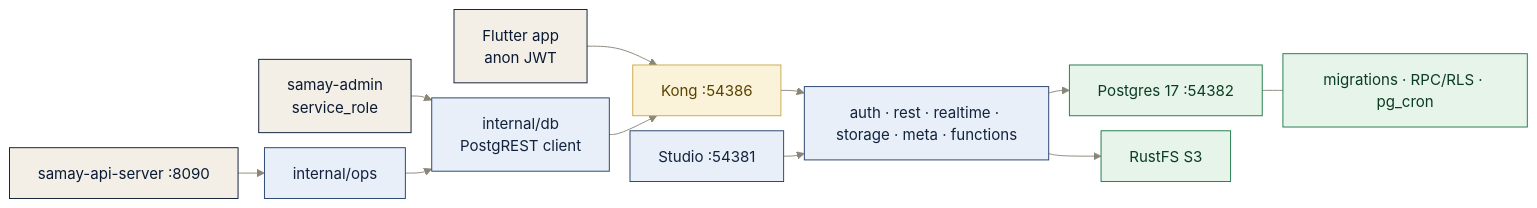
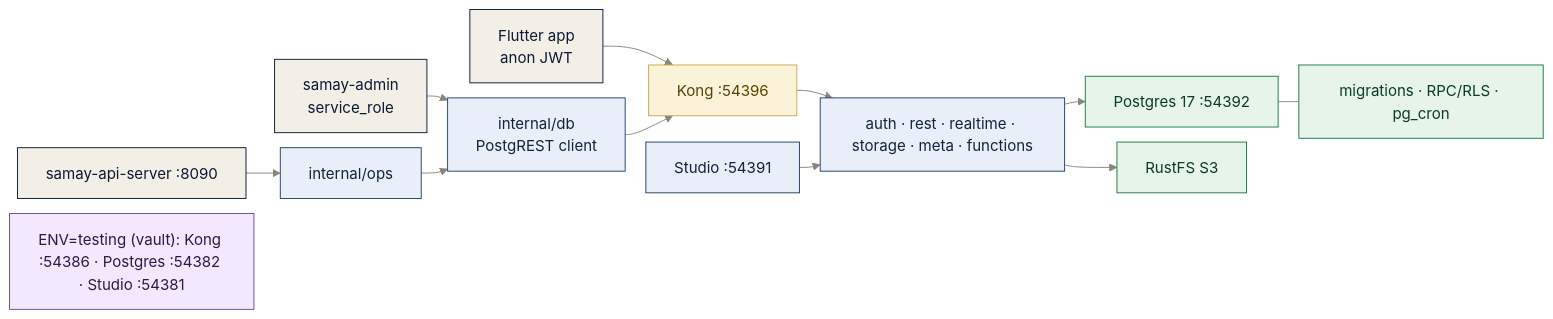
One commit to DaereanLegrand/samay-backend changed the diagram in docs/diagrams/architecture.mmd. Above: the diagram before and after it, drawn with Mermaid (forest theme). The commit also changed 46 other files, not shown here.

```diff
--- a/docs/diagrams/architecture.mmd
+++ b/docs/diagrams/architecture.mmd
@@ -1,24 +1,26 @@
 %%{init:{"flowchart":{"nodeSpacing":16,"rankSpacing":22}}}%%
 flowchart LR
-  APP["Flutter app<br/>anon JWT"] --> KONG["Kong :54386"]
+  APP["Flutter app<br/>anon JWT"] --> KONG["Kong :54396"]
   CLI["samay-admin<br/>service_role"] --> DBC["internal/db<br/>PostgREST client"]
   API["samay-api-server :8090"] --> OPS["internal/ops"]
   DBC --> KONG
   OPS --> DBC
   KONG --> SVCS["auth · rest · realtime · storage · meta · functions"]
-  SVCS --> PG["Postgres 17 :54382"]
+  SVCS --> PG["Postgres 17 :54392"]
   SVCS --> S3["RustFS S3"]
   PG --- SCHEMA["migrations · RPC/RLS · pg_cron"]
-  STUDIO["Studio :54381"] --> SVCS
+  STUDIO["Studio :54391"] --> SVCS
 
   classDef app fill:#F4EFE6,stroke:#0A1A33,color:#0A1A33,stroke-width:1px;
   classDef gw fill:#FBF3D9,stroke:#C9A84C,color:#5A4300,stroke-width:1px;
   classDef svc fill:#E8EFF8,stroke:#24406B,color:#12233D,stroke-width:1px;
   classDef data fill:#E6F4EA,stroke:#1E7A46,color:#0B3D22,stroke-width:1px;
   classDef ext fill:#F3E8FD,stroke:#6A4C93,color:#2E1A47,stroke-width:1px;
   classDef infra fill:#FCE8E6,stroke:#B23A2E,color:#4A120D,stroke-width:1px;
   linkStyle default stroke:#8A8578,stroke-width:1px;
+  TESTNOTE["ENV=testing (vault): Kong :54386 · Postgres :54382 · Studio :54381"]
   class APP,CLI,API app;
   class KONG gw;
   class DBC,OPS,SVCS,STUDIO svc;
   class PG,S3,SCHEMA data;
+  class TESTNOTE ext;
```
